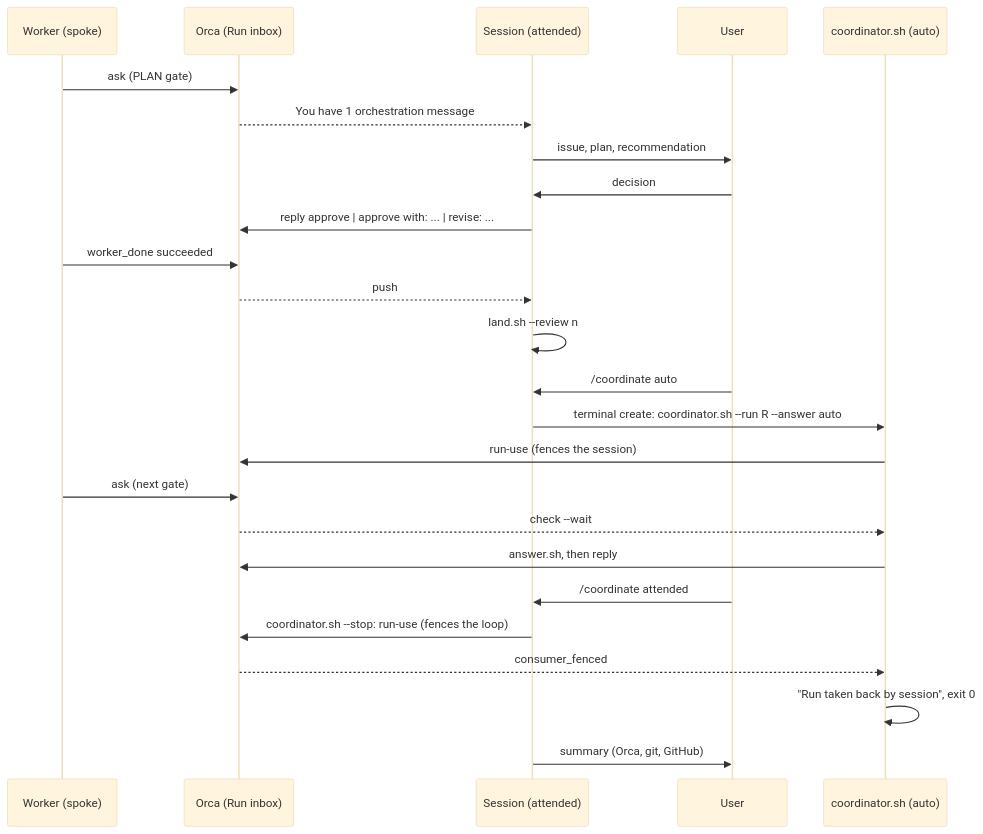
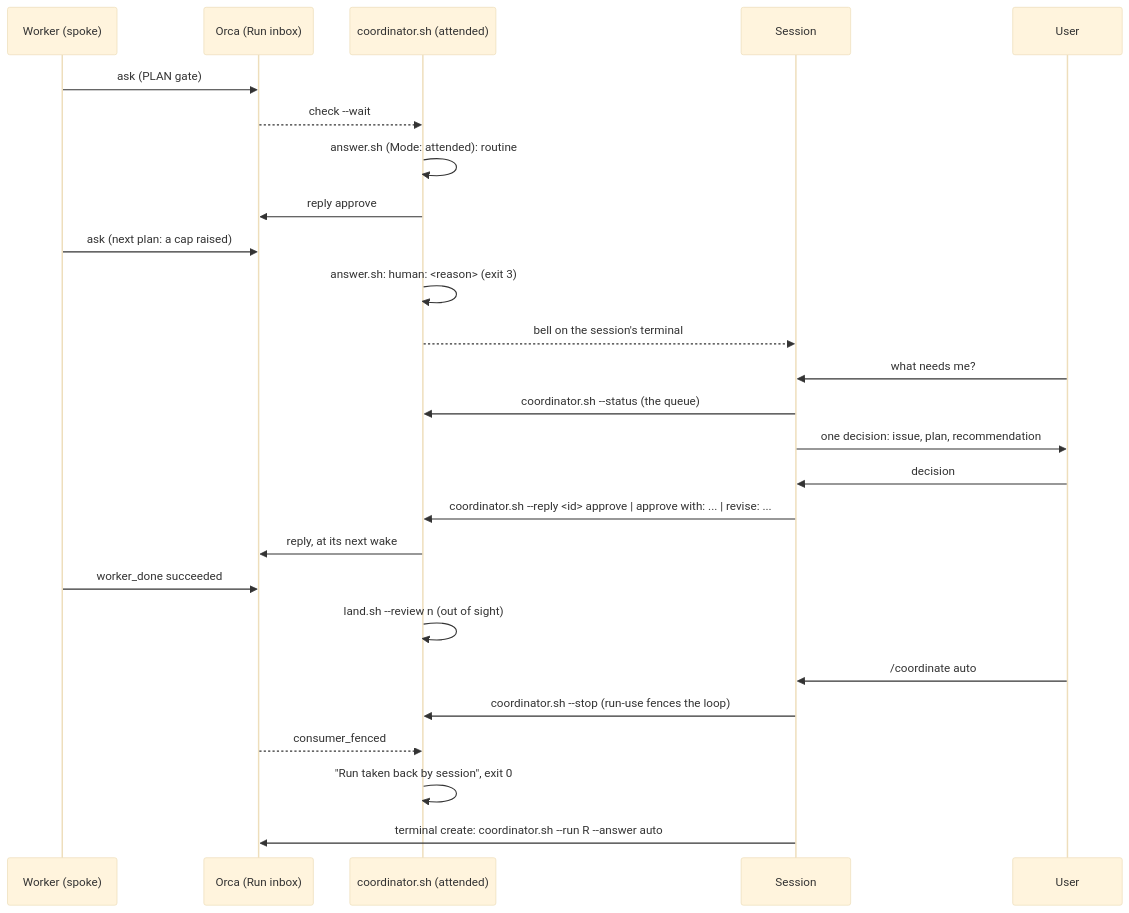
The first of 2 diagrams in docs/architecture.md (mcrilo33/ai-toolkit), drawn with Mermaid (base theme) before and after one commit. The commit also changed other lines of this file and 4 other files, not shown here.

First line of the commit message:
docs(coordinate): the skill, afk, the rule and the architecture describe the attended loop, the queue and the contained permission rule (#450)

````diff
--- a/docs/architecture.md
+++ b/docs/architecture.md
@@ -74,27 +83,28 @@
 ```mermaid
 sequenceDiagram
     participant W as Worker (spoke)
     participant O as Orca (Run inbox)
-    participant S as Session (attended)
+    participant L as coordinator.sh (attended)
+    participant S as Session
     participant U as User
-    participant L as coordinator.sh (auto)
     W->>O: ask (PLAN gate)
-    O-->>S: You have 1 orchestration message
-    S->>U: issue, plan, recommendation
+    O-->>L: check --wait
+    L->>L: answer.sh (Mode: attended): routine
+    L->>O: reply approve
+    W->>O: ask (next plan: a cap raised)
+    L->>L: answer.sh: human: <reason> (exit 3)
+    L-->>S: bell on the session's terminal
+    U->>S: what needs me?
+    S->>L: coordinator.sh --status (the queue)
+    S->>U: one decision: issue, plan, recommendation
     U->>S: decision
-    S->>O: reply approve | approve with: ... | revise: ...
+    S->>L: coordinator.sh --reply <id> approve | approve with: ... | revise: ...
+    L->>O: reply, at its next wake
     W->>O: worker_done succeeded
-    O-->>S: push
-    S->>S: land.sh --review n
+    L->>L: land.sh --review n (out of sight)
     U->>S: /coordinate auto
-    S->>L: terminal create: coordinator.sh --run R --answer auto
-    L->>O: run-use (fences the session)
-    W->>O: ask (next gate)
-    O-->>L: check --wait
-    L->>O: answer.sh, then reply
-    U->>S: /coordinate attended
-    S->>O: coordinator.sh --stop: run-use (fences the loop)
+    S->>L: coordinator.sh --stop (run-use fences the loop)
     O-->>L: consumer_fenced
     L->>L: "Run taken back by session", exit 0
-    S->>U: summary (Orca, git, GitHub)
+    S->>O: terminal create: coordinator.sh --run R --answer auto
 ```
````
